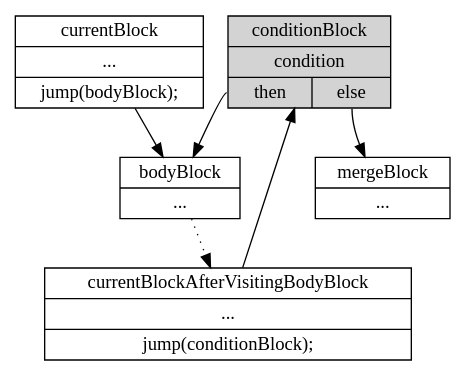
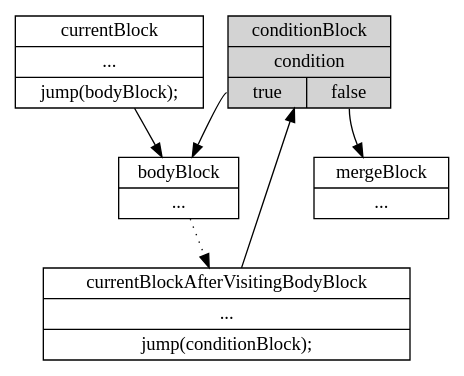
Before and after one commit to andreisilviudragnea/remove-recursion-inspection: the diagram in templates-master/theses/diploma/src/graph/do-while.dot, drawn with Graphviz. The commit also changed 8 other files, not shown here.

```diff
--- a/templates-master/theses/diploma/src/graph/do-while.dot
+++ b/templates-master/theses/diploma/src/graph/do-while.dot
@@ -1,14 +1,14 @@
 digraph G {
     node [shape=record];
     conditionBlock [style=filled, color=black, fillcolor=lightgrey];
     currentBlock [label="{currentBlock|...|jump(bodyBlock);}"];
-    conditionBlock [label="{conditionBlock|condition|{<true>then|<false>else}}"];
+    conditionBlock [label="{conditionBlock|condition|{<true>true|<false>false}}"];
     currentBlockAfterVisitingBodyBlock [label="{currentBlockAfterVisitingBodyBlock|...|jump(conditionBlock);}"];
     bodyBlock [label="{bodyBlock|...}"];
     mergeBlock [label="{mergeBlock|...}"];
     currentBlock -> bodyBlock;
     conditionBlock:true -> bodyBlock;
     conditionBlock:false -> mergeBlock;
     bodyBlock -> currentBlockAfterVisitingBodyBlock [style=dotted];
     currentBlockAfterVisitingBodyBlock -> conditionBlock;
 }
```
